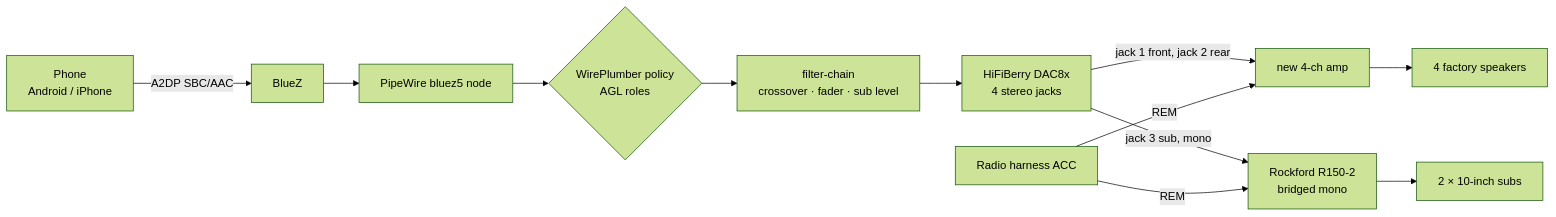
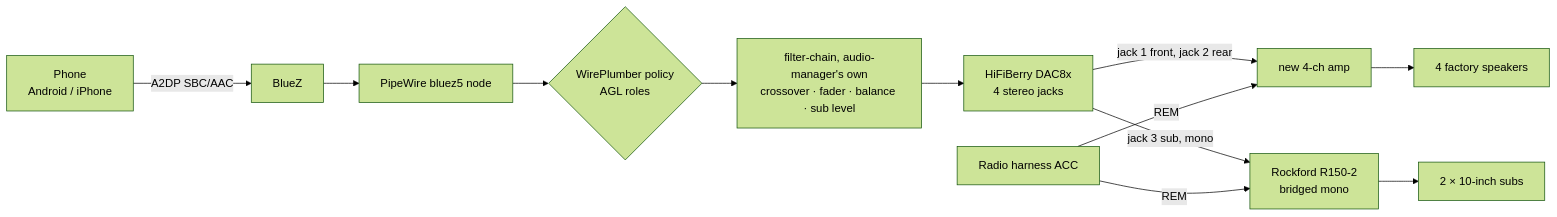
Before and after one commit to darickc/TruckDashboard: the diagram in docs/architecture/audio-routing.md, drawn with Mermaid (forest theme). The commit also changed other lines of this file and 9 other files, not shown here.

First line of the commit message:
docs: ADR-0039 audio-manager; roadmap 6.1, audio routing, bench check 21

````diff
--- a/docs/architecture/audio-routing.md
+++ b/docs/architecture/audio-routing.md
@@ -18,14 +22,14 @@
 ```mermaid
 flowchart LR
   PHONE[Phone<br/>Android / iPhone] -- A2DP SBC/AAC --> BZ[BlueZ]
   BZ --> PW[PipeWire bluez5 node]
   PW --> WP{WirePlumber policy<br/>AGL roles}
-  WP --> FC[filter-chain<br/>crossover · fader · sub level]
+  WP --> FC[filter-chain, audio-manager's own<br/>crossover · fader · balance · sub level]
   FC --> DAC[HiFiBerry DAC8x<br/>4 stereo jacks]
   DAC -- jack 1 front, jack 2 rear --> AMP4[new 4-ch amp]
   DAC -- jack 3 sub, mono --> R150[Rockford R150-2<br/>bridged mono]
   AMP4 --> SPK[4 factory speakers]
   R150 --> SUBS[2 × 10-inch subs]
   ACC[Radio harness ACC] -- REM --> AMP4
   ACC -- REM --> R150
 ```
````
